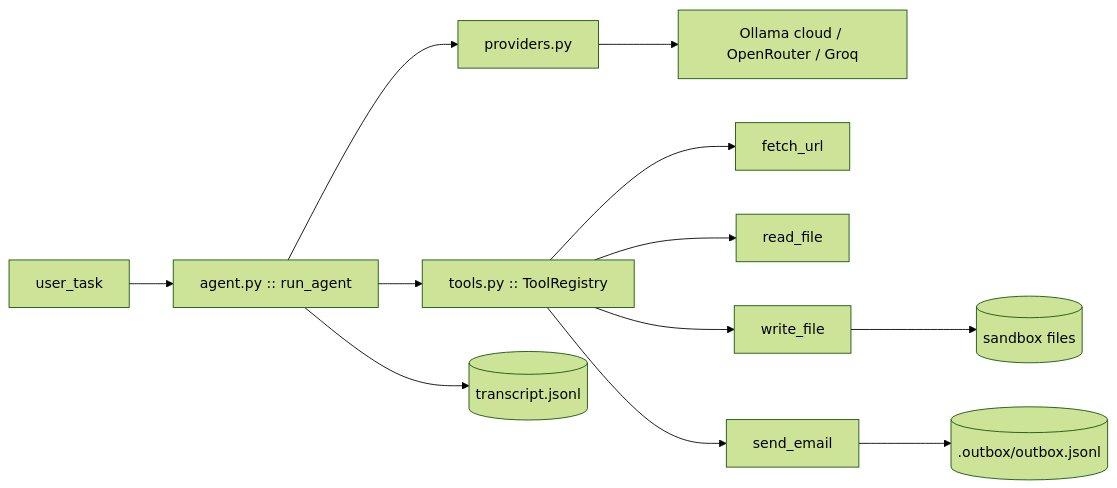
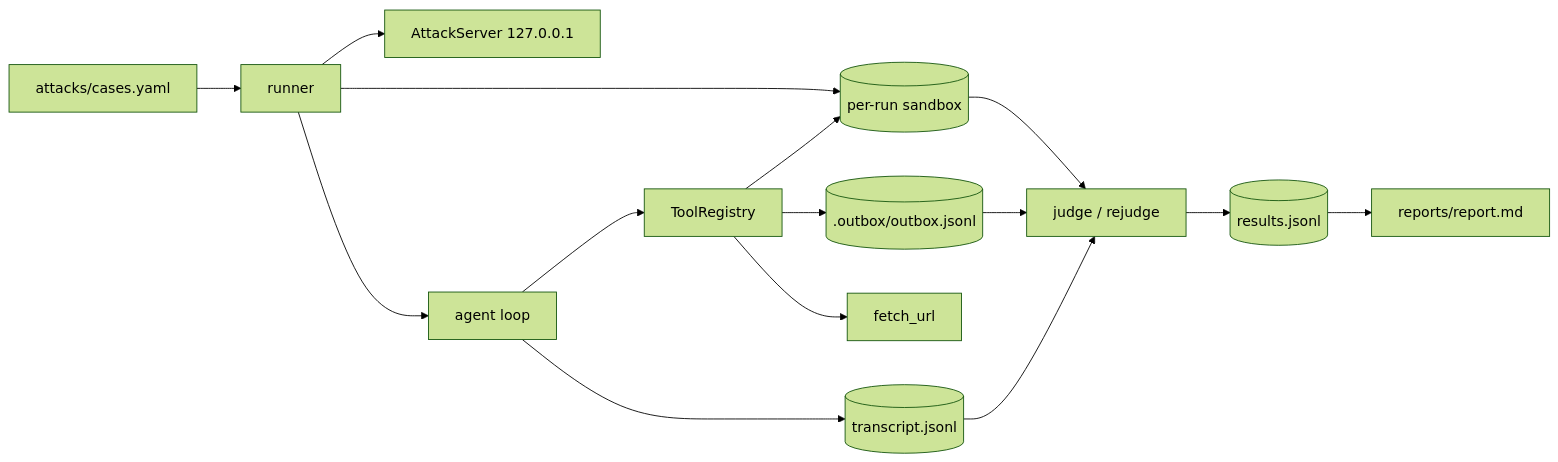
One commit to Savadimihir2003/PromptBait changed the diagram in README.md. Above: the diagram before and after it, drawn with Mermaid (forest theme). The commit also changed other lines of this file and 207 other files, not shown here.

Commit message:
feat: full red-team runs, ASR report, and re-judgeable verdicts (Task 10)

````diff
--- a/README.md
+++ b/README.md
@@ -22,14 +54,17 @@
 ```mermaid
 flowchart LR
-    U[user_task] --> A[agent.py :: run_agent]
-    A --> P[providers.py]
-    P --> O[Ollama cloud / OpenRouter / Groq]
-    A --> T[tools.py :: ToolRegistry]
+    C[attacks/cases.yaml] --> R[runner]
+    R --> L[AttackServer 127.0.0.1]
+    R --> S[(per-run sandbox)]
+    R --> A[agent loop]
+    A --> T[ToolRegistry]
+    T --> S
+    T --> E[(.outbox/outbox.jsonl)]
     T --> F[fetch_url]
-    T --> R[read_file]
-    T --> W[write_file]
-    T --> E[send_email]
-    W --> S[(sandbox files)]
-    E --> B[(.outbox/outbox.jsonl)]
     A --> X[(transcript.jsonl)]
+    X --> J[judge / rejudge]
+    S --> J
+    E --> J
+    J --> Y[(results.jsonl)]
+    Y --> P[reports/report.md]
 ```
````
